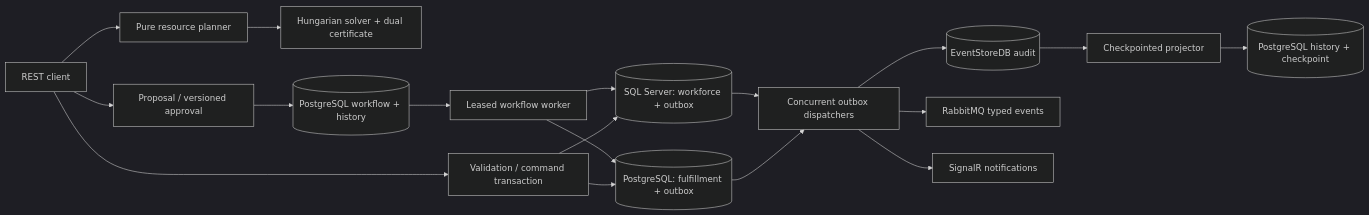
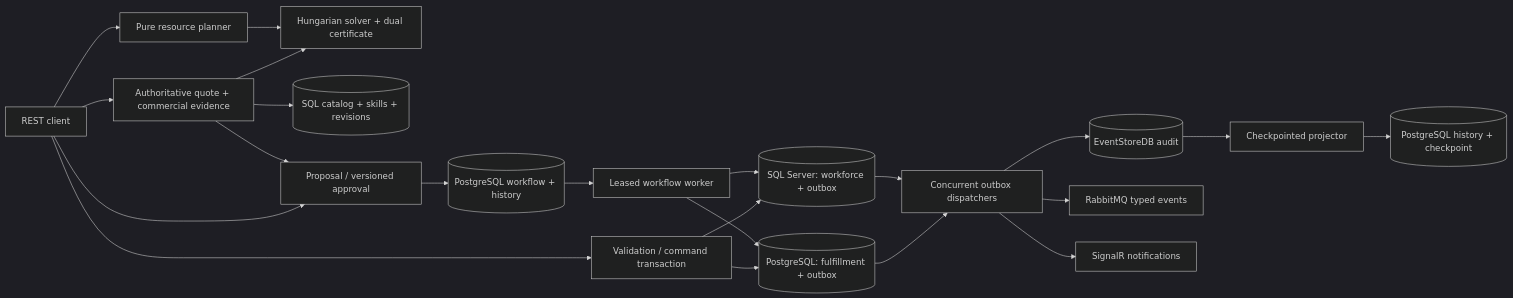
The diagram in README.md (Ingaleee/FusionOps), drawn with Mermaid (dark theme) before and after one commit. The commit also changed other lines of this file and 50 other files, not shown here.

Commit message:
Add authoritative catalog quotes with atomic reservation acceptance

````diff
--- a/README.md
+++ b/README.md
@@ -75,20 +76,24 @@
 ```mermaid
 flowchart LR
     Client[REST client] --> Plan[Pure resource planner]
     Plan --> Solver[Hungarian solver + dual certificate]
+    Client --> Quote[Authoritative quote + commercial evidence]
+    Quote --> Catalog[(SQL catalog + skills + revisions)]
+    Quote --> Solver
+    Quote --> Workflow
     Client --> Pipeline[Validation / command transaction]
     Client --> Workflow[Proposal / versioned approval]
     Workflow --> Coordinator[(PostgreSQL workflow + history)]
     Coordinator --> Worker[Leased workflow worker]
     Worker --> SQL
     Worker --> PG
     Pipeline --> SQL[(SQL Server: workforce + outbox)]
     Pipeline --> PG[(PostgreSQL: fulfillment + outbox)]
     SQL --> Dispatch[Concurrent outbox dispatchers]
     PG --> Dispatch
     Dispatch --> Audit[(EventStoreDB audit)]
     Dispatch --> Rabbit[RabbitMQ typed events]
     Dispatch --> Realtime[SignalR notifications]
     Audit --> Projector[Checkpointed projector]
     Projector --> History[(PostgreSQL history + checkpoint)]
 ```
````
